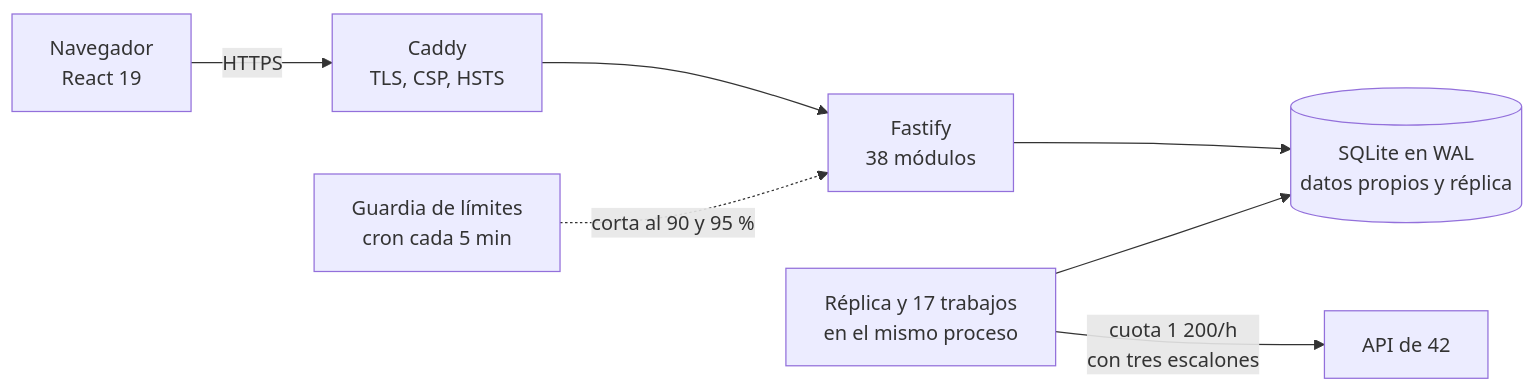
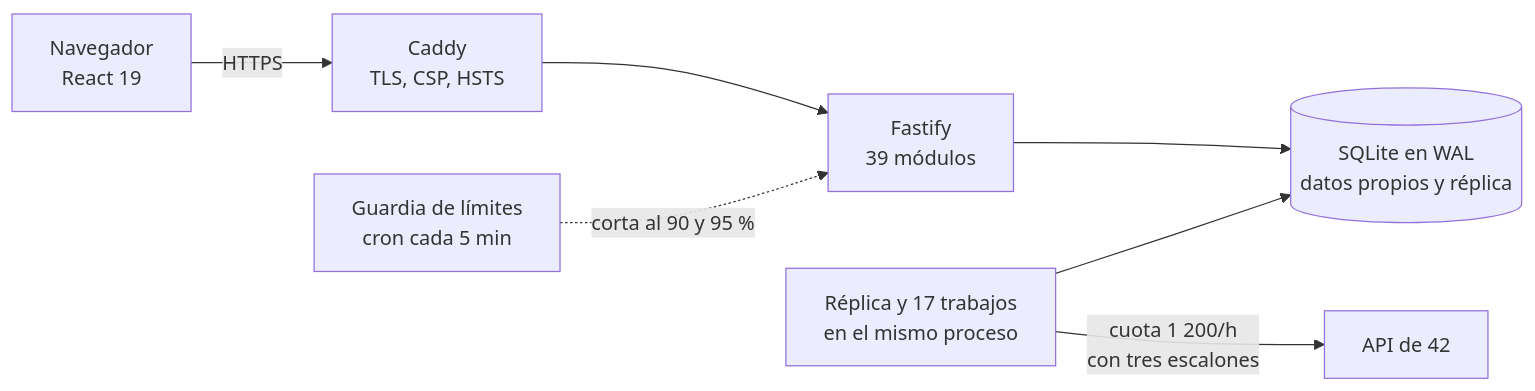
One commit to ALRO-GM/sanatorio-42 changed the first of 2 diagrams in README.md. Above: the diagram before and after it, drawn with Mermaid. The commit also changed other lines of this file and 102 other files, not shown here.

````diff
--- a/README.md
+++ b/README.md
@@ -292,9 +294,9 @@
 ```mermaid
 flowchart LR
   P["Navegador<br/>React 19"] -->|HTTPS| C["Caddy<br/>TLS, CSP, HSTS"]
-  C --> A["Fastify<br/>38 módulos"]
+  C --> A["Fastify<br/>39 módulos"]
   A --> D[("SQLite en WAL<br/>datos propios y réplica")]
   S["Réplica y 17 trabajos<br/>en el mismo proceso"] --> D
   S -->|"cuota 1 200/h<br/>con tres escalones"| Q["API de 42"]
   G["Guardia de límites<br/>cron cada 5 min"] -. "corta al 90 y 95 %" .-> A
 ```
````
